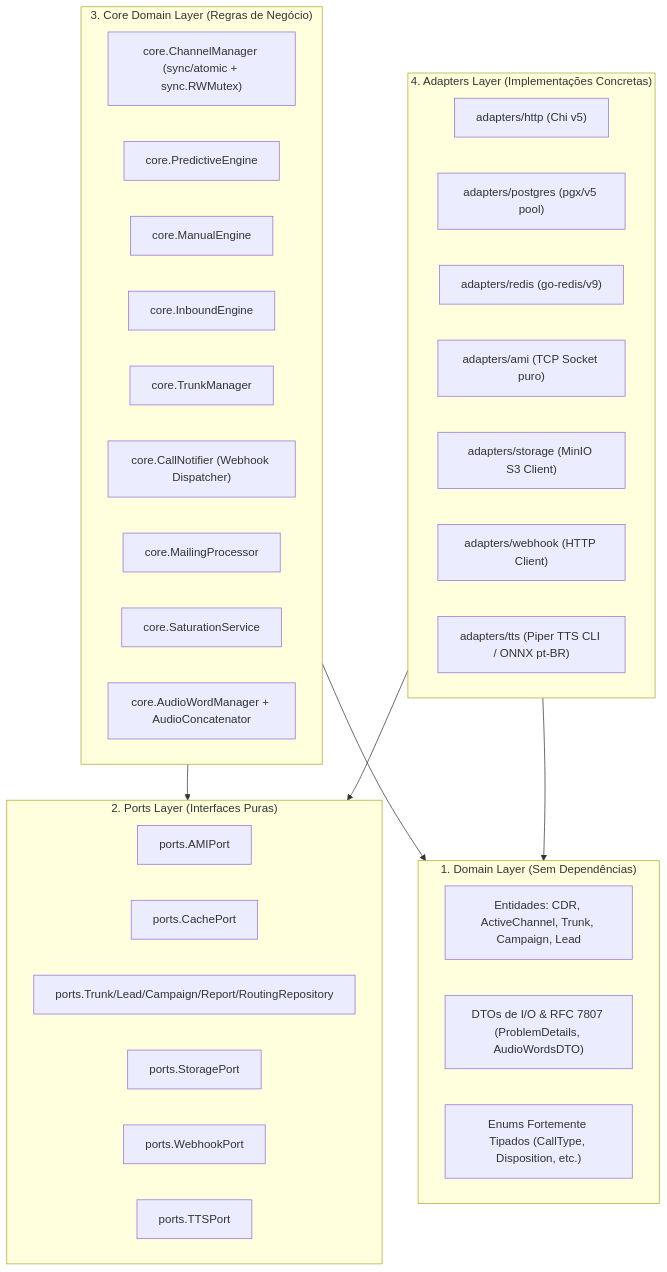
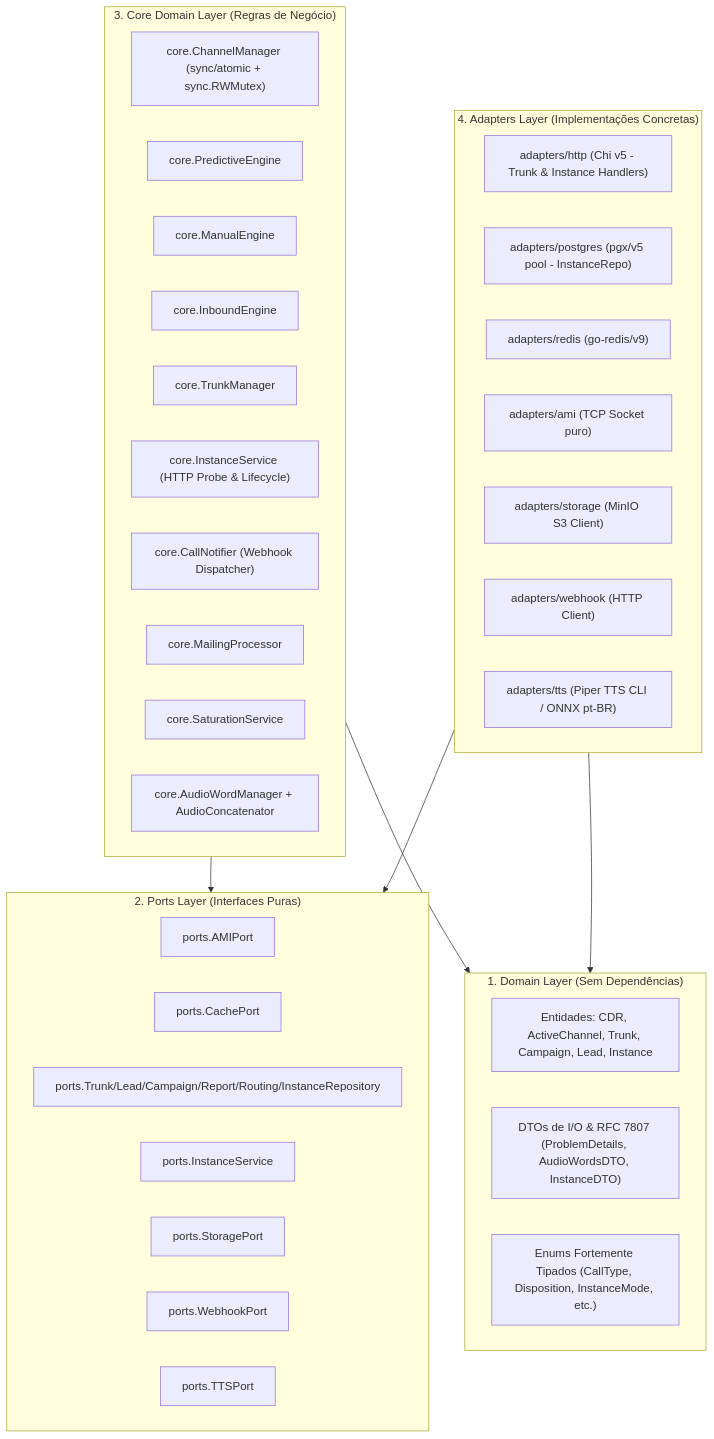
One commit to marcio-rgb/omni-dialer-go changed the diagram in .agents/workflows/agente-go-especialista.md. Above: the diagram before and after it, drawn with Mermaid. The commit also changed other lines of this file and 17 other files, not shown here.

````diff
--- a/.agents/workflows/agente-go-especialista.md
+++ b/.agents/workflows/agente-go-especialista.md
@@ -20,44 +20,46 @@
 ```mermaid
 graph TD
     subgraph Dominio["1. Domain Layer (Sem Dependências)"]
-        Entidades["Entidades: CDR, ActiveChannel, Trunk, Campaign, Lead"]
-        DTOs["DTOs de I/O & RFC 7807 (ProblemDetails, AudioWordsDTO)"]
-        Enums["Enums Fortemente Tipados (CallType, Disposition, etc.)"]
+        Entidades["Entidades: CDR, ActiveChannel, Trunk, Campaign, Lead, Instance"]
+        DTOs["DTOs de I/O & RFC 7807 (ProblemDetails, AudioWordsDTO, InstanceDTO)"]
+        Enums["Enums Fortemente Tipados (CallType, Disposition, InstanceMode, etc.)"]
     end
 
     subgraph Portas["2. Ports Layer (Interfaces Puras)"]
         AMIPort["ports.AMIPort"]
         CachePort["ports.CachePort"]
-        RepoPort["ports.Trunk/Lead/Campaign/Report/RoutingRepository"]
+        RepoPort["ports.Trunk/Lead/Campaign/Report/Routing/InstanceRepository"]
+        InstancePort["ports.InstanceService"]
         StoragePort["ports.StoragePort"]
         WebhookPort["ports.WebhookPort"]
         TTSPort["ports.TTSPort"]
     end
 
     subgraph Core["3. Core Domain Layer (Regras de Negócio)"]
         ChannelMgr["core.ChannelManager (sync/atomic + sync.RWMutex)"]
         PredEngine["core.PredictiveEngine"]
         ManEngine["core.ManualEngine"]
         InbEngine["core.InboundEngine"]
         TrunkMgr["core.TrunkManager"]
+        InstanceServ["core.InstanceService (HTTP Probe & Lifecycle)"]
         CallNotif["core.CallNotifier (Webhook Dispatcher)"]
         MailProc["core.MailingProcessor"]
         SatServ["core.SaturationService"]
         AudioMgr["core.AudioWordManager + AudioConcatenator"]
     end
 
     subgraph Adaptadores["4. Adapters Layer (Implementações Concretas)"]
-        HTTPAdp["adapters/http (Chi v5)"]
-        PostgresAdp["adapters/postgres (pgx/v5 pool)"]
+        HTTPAdp["adapters/http (Chi v5 - Trunk & Instance Handlers)"]
+        PostgresAdp["adapters/postgres (pgx/v5 pool - InstanceRepo)"]
         RedisAdp["adapters/redis (go-redis/v9)"]
         AMIAdp["adapters/ami (TCP Socket puro)"]
         StorageAdp["adapters/storage (MinIO S3 Client)"]
         WebhookAdp["adapters/webhook (HTTP Client)"]
         TTSAdp["adapters/tts (Piper TTS CLI / ONNX pt-BR)"]
     end
 
     Core --> Portas
     Core --> Dominio
     Adaptadores --> Portas
     Adaptadores --> Dominio
 ```
````
